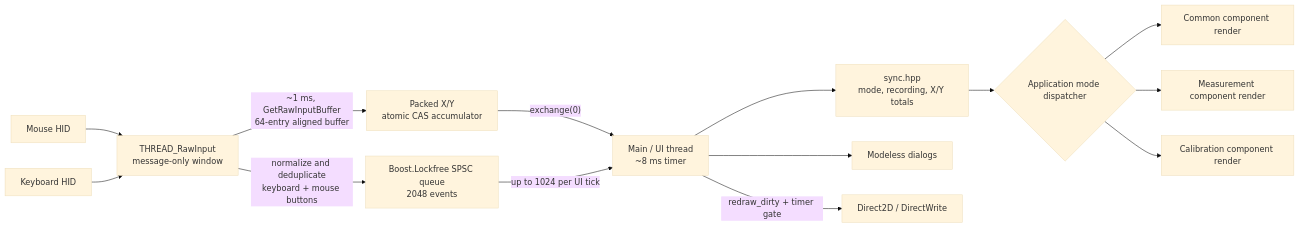
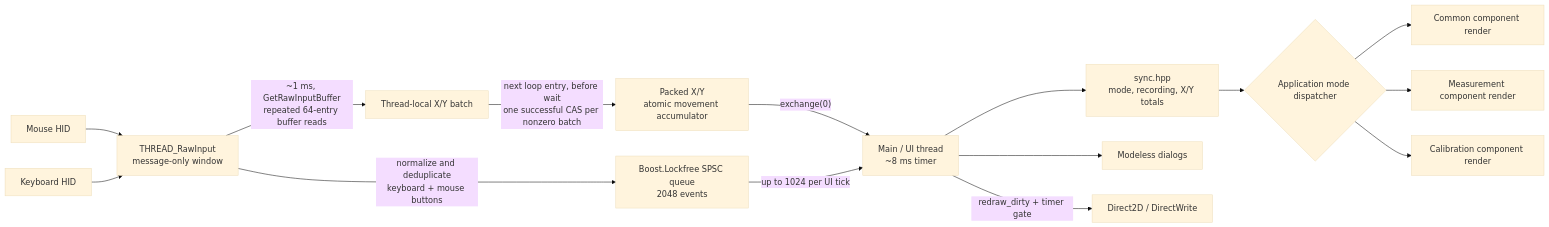
The first of 2 diagrams in README.md (wozuobuchu/WinMouseSensConverter), drawn with Mermaid (base theme) before and after one commit. The commit also changed other lines of this file and 9 other files, not shown here.

````diff
--- a/README.md
+++ b/README.md
@@ -329,17 +329,18 @@
 ```mermaid
 flowchart LR
     Mouse["Mouse HID"] --> InputThread["THREAD_RawInput<br/>message-only window"]
     Keyboard["Keyboard HID"] --> InputThread
-    InputThread -->|"~1 ms, GetRawInputBuffer<br/>64-entry aligned buffer"| Atomic["Packed X/Y<br/>atomic CAS accumulator"]
+    InputThread -->|"~1 ms, GetRawInputBuffer<br/>repeated 64-entry buffer reads"| Batch["Thread-local X/Y batch"]
+    Batch -->|"next loop entry, before wait<br/>one successful CAS per nonzero batch"| Atomic["Packed X/Y<br/>atomic movement accumulator"]
     Atomic -->|"exchange(0)"| Main["Main / UI thread<br/>~8 ms timer"]
     InputThread -->|"normalize and deduplicate<br/>keyboard + mouse buttons"| Queue["Boost.Lockfree SPSC queue<br/>2048 events"]
     Queue -->|"up to 1024 per UI tick"| Main
 
     Main --> Shared["sync.hpp<br/>mode, recording, X/Y totals"]
     Shared --> Dispatcher{"Application mode dispatcher"}
     Dispatcher --> Common["Common component render"]
     Dispatcher --> Measurement["Measurement component render"]
     Dispatcher --> Calibration["Calibration component render"]
     Main --> Dialogs["Modeless dialogs"]
     Main -->|"redraw_dirty + timer gate"| D2D["Direct2D / DirectWrite"]
 ```
````
